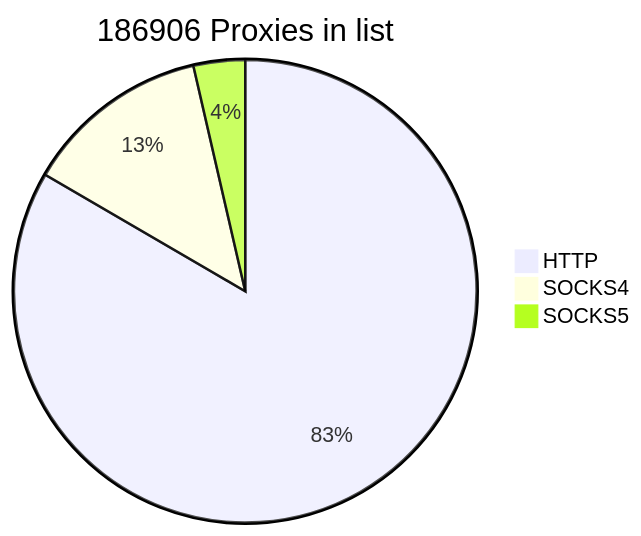
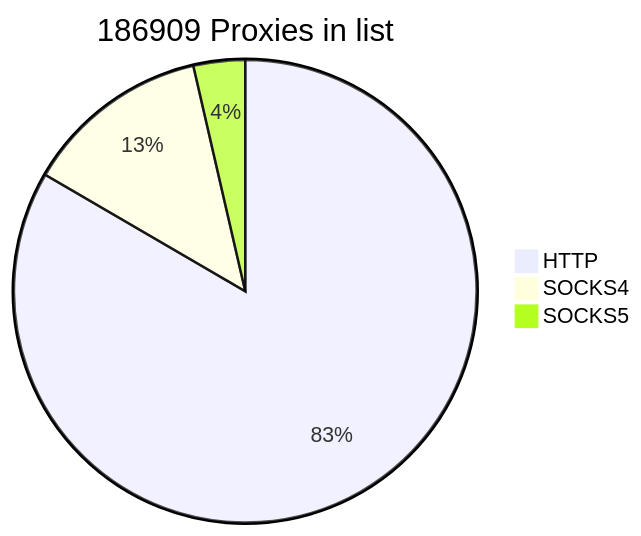
The first of 2 diagrams in README.md (cutipu/proxylist), drawn with Mermaid before and after one commit. The commit also changed other lines of this file, not shown here.

````diff
--- a/README.md
+++ b/README.md
@@ -2,7 +2,7 @@
 ```mermaid
-pie title 186906 Proxies in list
+pie title 186909 Proxies in list
     "HTTP" : 155872
     "SOCKS4" : 24303
-    "SOCKS5" : 6731
+    "SOCKS5" : 6734
             
 ```
````
